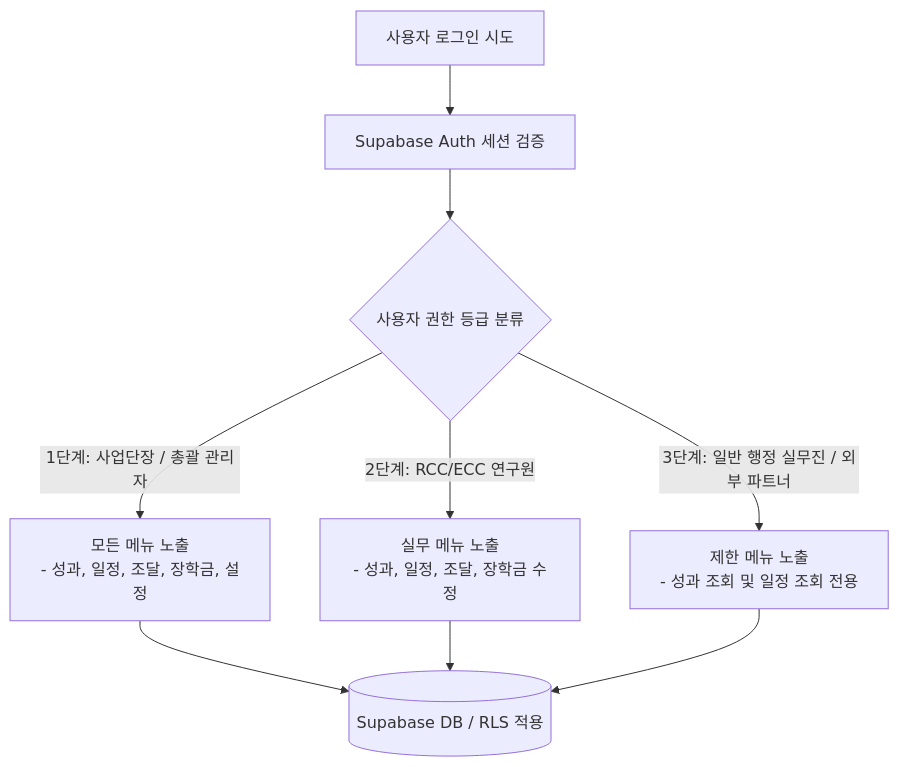
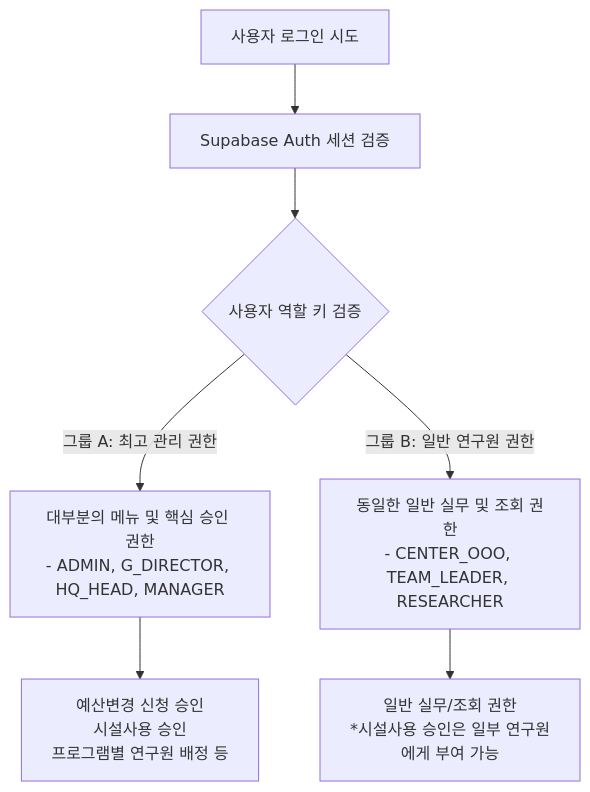
Before and after one commit to SKY6174/AnchorIR: the first of 3 diagrams in presentation_dashboard_guide.md, drawn with Mermaid. The commit also changed other lines of this file, not shown here.

````diff
--- a/presentation_dashboard_guide.md
+++ b/presentation_dashboard_guide.md
@@ -26,13 +26,11 @@
 ```mermaid
 graph TD
     User[사용자 로그인 시도] --> Auth[Supabase Auth 세션 검증]
-    Auth --> Role{사용자 권한 등급 분류}
+    Auth --> Role{사용자 역할 키 검증}
     
-    Role -->|1단계: 사업단장 / 총괄 관리자| AdminMenu[모든 메뉴 노출<br/>- 성과, 일정, 조달, 장학금, 설정]
-    Role -->|2단계: RCC/ECC 연구원| ResearcherMenu[실무 메뉴 노출<br/>- 성과, 일정, 조달, 장학금 수정]
-    Role -->|3단계: 일반 행정 실무진 / 외부 파트너| BasicMenu[제한 메뉴 노출<br/>- 성과 조회 및 일정 조회 전용]
+    Role -->|그룹 A: 최고 관리 권한| AdminGroup[대부분의 메뉴 및 핵심 승인 권한<br/>- ADMIN, G_DIRECTOR, HQ_HEAD, MANAGER]
+    Role -->|그룹 B: 일반 연구원 권한| ResearcherGroup[동일한 일반 실무 및 조회 권한<br/>- CENTER_OOO, TEAM_LEADER, RESEARCHER]
     
-    AdminMenu --> DB[(Supabase DB / RLS 적용)]
-    ResearcherMenu --> DB
-    BasicMenu --> DB
+    AdminGroup --> AdminActions[예산변경 신청 승인<br/>시설사용 승인<br/>프로그램별 연구원 배정 등]
+    ResearcherGroup --> ResActions[일반 실무/조회 권한<br/>*시설사용 승인은 일부 연구원에게 부여 가능]
 ```
````
